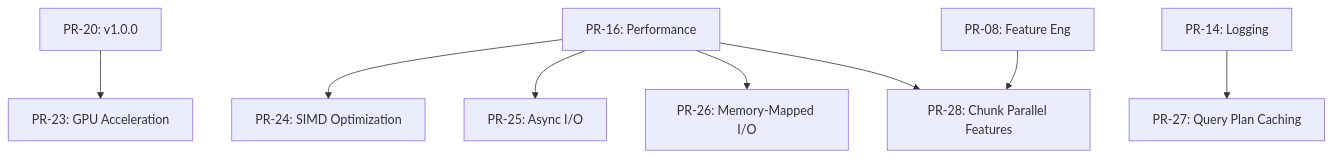
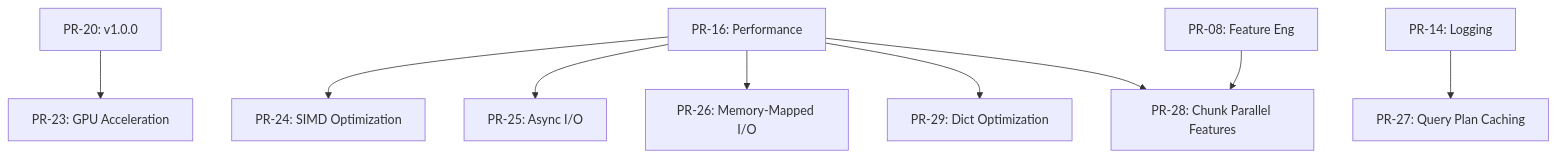
Before and after one commit to takurot/mlprep: the first of 3 diagrams in docs/PLAN.md, drawn with Mermaid. The commit also changed other lines of this file and 1 other file, not shown here.

First line of the commit message:
docs: apply review fixes for performance optimization strategy

````diff
--- a/docs/PLAN.md
+++ b/docs/PLAN.md
@@ -426,10 +436,11 @@
 ```mermaid
 graph TD
     PR20[PR-20: v1.0.0] --> PR23[PR-23: GPU Acceleration]
     PR16[PR-16: Performance] --> PR24[PR-24: SIMD Optimization]
     PR16 --> PR25[PR-25: Async I/O]
     PR16 --> PR26[PR-26: Memory-Mapped I/O]
     PR14[PR-14: Logging] --> PR27[PR-27: Query Plan Caching]
     PR08[PR-08: Feature Eng] --> PR28[PR-28: Chunk Parallel Features]
+    PR16 --> PR29[PR-29: Dict Optimization]
     PR16 --> PR28
 ```
````
